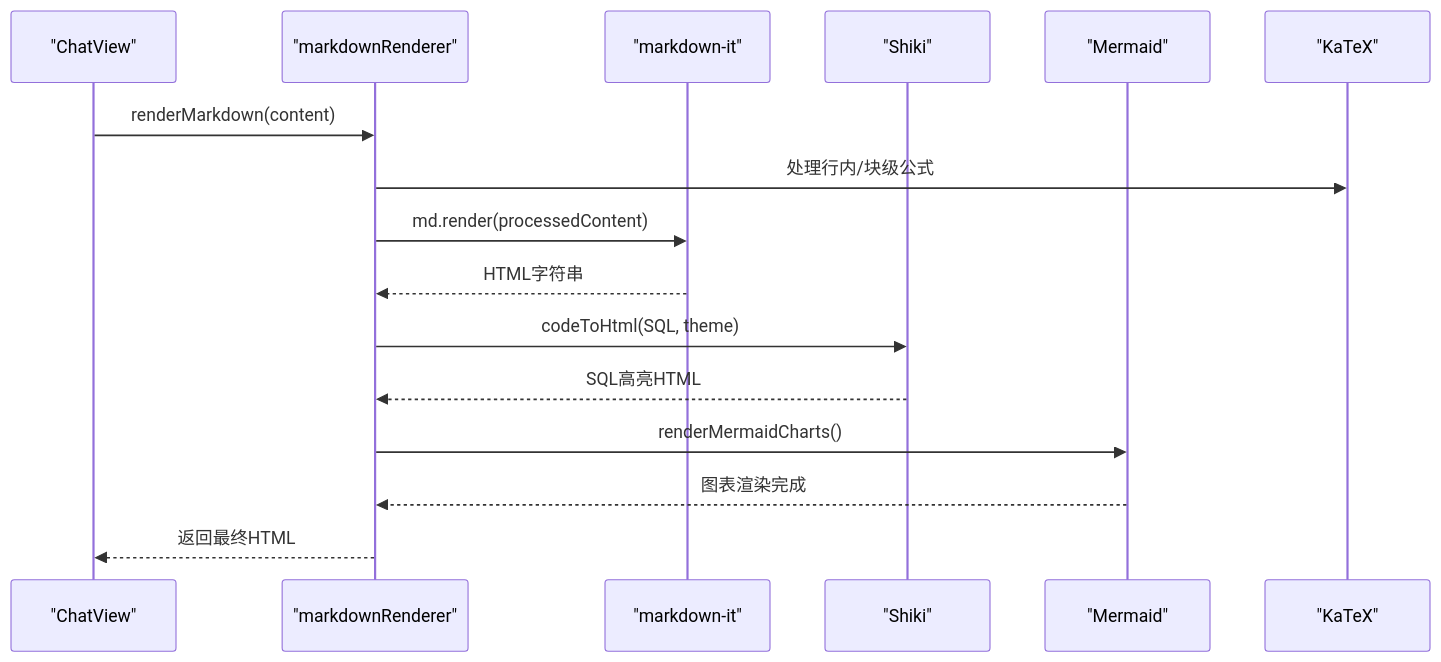
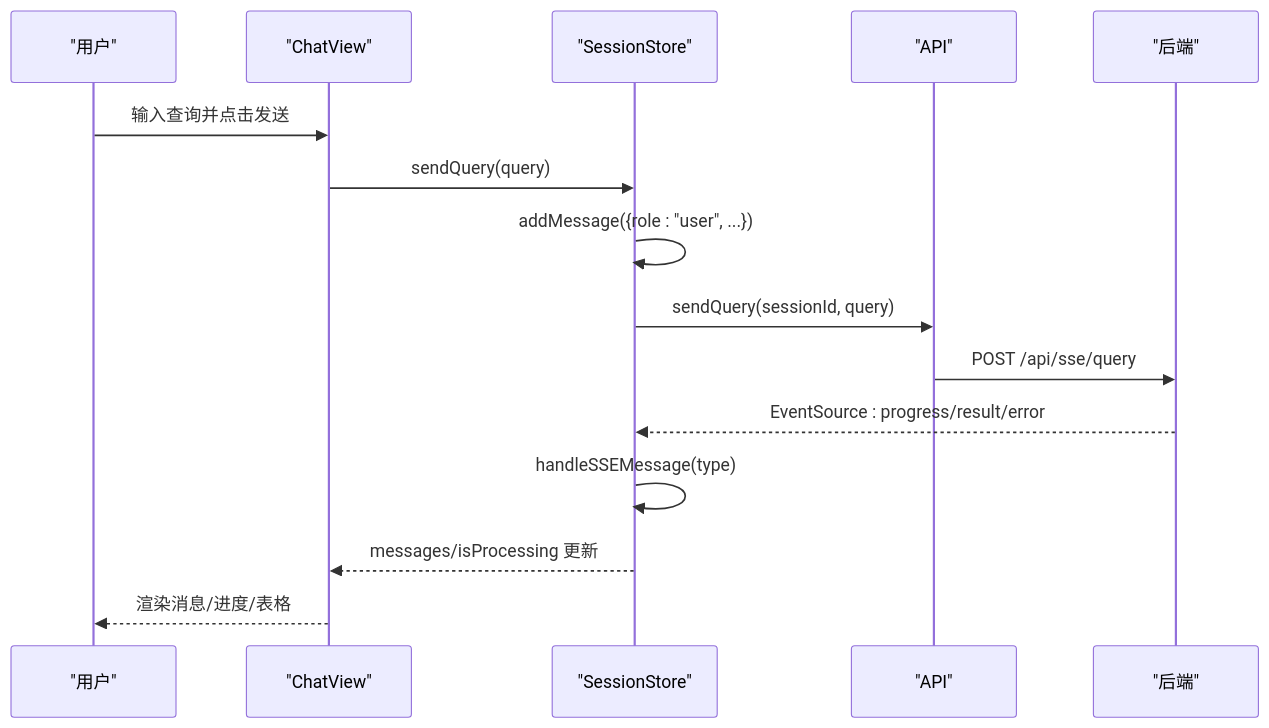
One commit to HanHuiOnLine/724-office changed the fourth of 6 diagrams in NL2SQL/.qoder/repowiki/zh/content/前端应用/前端应用.md. Above: the diagram before and after it, drawn with Mermaid. The commit also changed other lines of this file and 200 other files, not shown here.

````diff
--- a/NL2SQL/.qoder/repowiki/zh/content/前端应用/前端应用.md
+++ b/NL2SQL/.qoder/repowiki/zh/content/前端应用/前端应用.md
@@ -402,18 +264,17 @@
 ```mermaid
 sequenceDiagram
+participant U as "用户"
 participant CV as "ChatView"
-participant MR as "markdownRenderer"
-participant MD as "markdown-it"
-participant SH as "Shiki"
-participant MQ as "Mermaid"
-participant KT as "KaTeX"
-CV->>MR : renderMarkdown(content)
-MR->>KT : 处理行内/块级公式
-MR->>MD : md.render(processedContent)
-MD-->>MR : HTML字符串
-MR->>SH : codeToHtml(SQL, theme)
-SH-->>MR : SQL高亮HTML
-MR->>MQ : renderMermaidCharts()
-MQ-->>MR : 图表渲染完成
-MR-->>CV : 返回最终HTML
+participant SS as "SessionStore"
+participant API as "API"
+participant BE as "后端"
+U->>CV : 输入查询并点击发送
+CV->>SS : sendQuery(query)
+SS->>SS : addMessage({role : "user", ...})
+SS->>API : sendQuery(sessionId, query)
+API->>BE : POST /api/sse/query
+BE-->>SS : EventSource : progress/result/error
+SS->>SS : handleSSEMessage(type)
+SS-->>CV : messages/isProcessing 更新
+CV-->>U : 渲染消息/进度/表格
 ```
````
